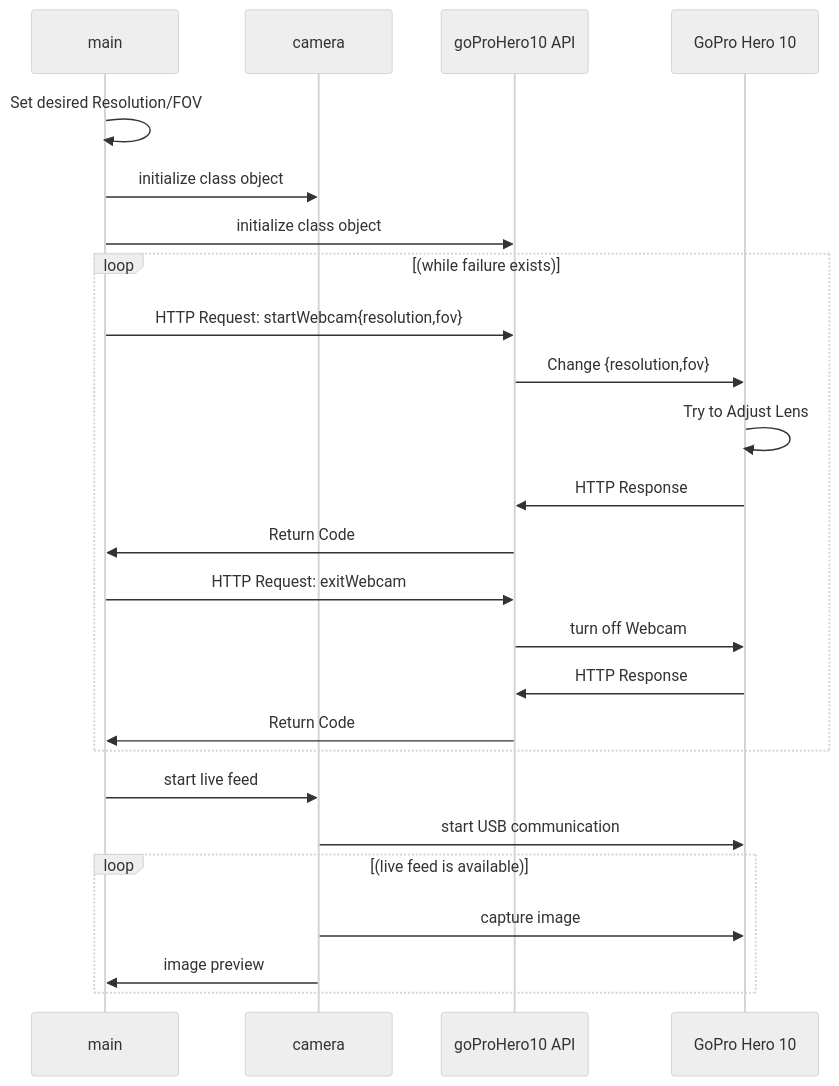
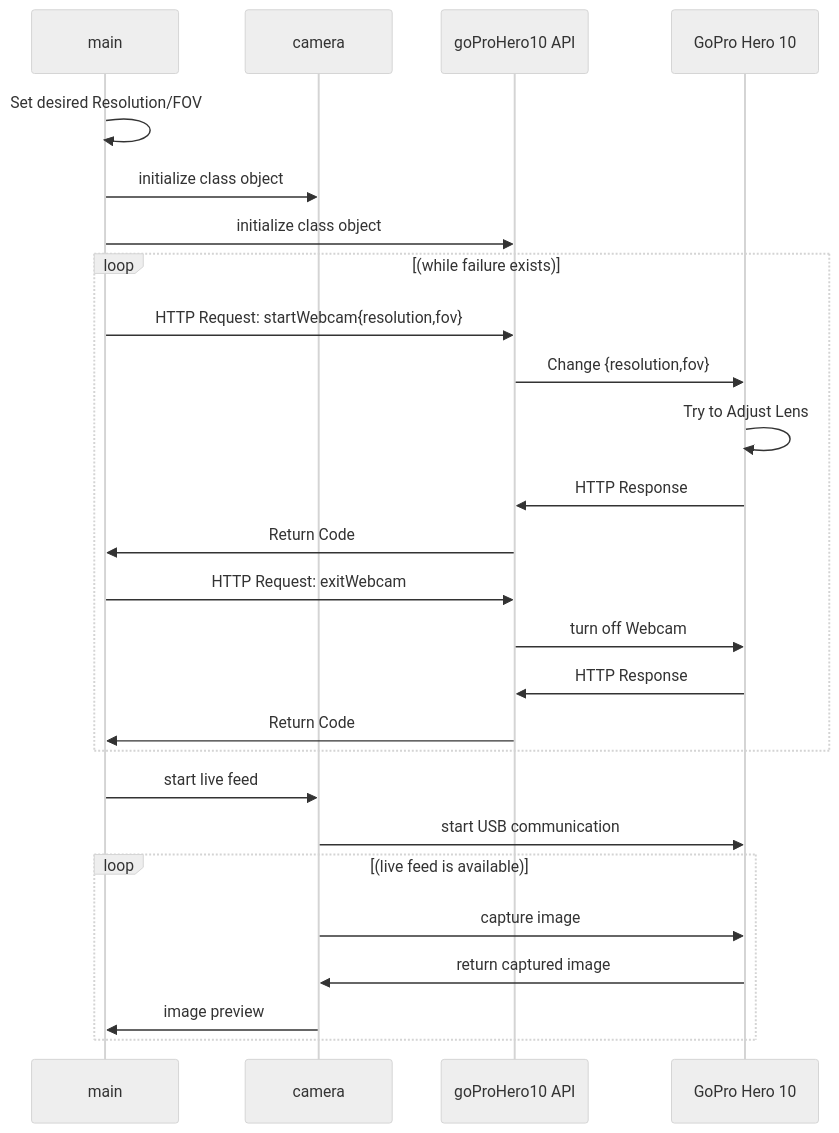
One commit to conradoguimaraes/goProHero10 changed the diagram in README.md. Above: the diagram before and after it, drawn with Mermaid (neutral theme). The commit also changed other lines of this file, not shown here.

````diff
--- a/README.md
+++ b/README.md
@@ -12,27 +12,28 @@
 ```mermaid
 sequenceDiagram
     main->>main: Set desired Resolution/FOV
     main->>camera: initialize class object
     main->>goProHero10 API: initialize class object
     loop (while failure exists)
       main->>goProHero10 API: HTTP Request: startWebcam{resolution,fov}
       goProHero10 API->>GoPro Hero 10: Change {resolution,fov}
       GoPro Hero 10->>GoPro Hero 10: Try to Adjust Lens
       GoPro Hero 10->>goProHero10 API: HTTP Response
       goProHero10 API->>main: Return Code
 
       main->>goProHero10 API: HTTP Request: exitWebcam
       goProHero10 API->>GoPro Hero 10: turn off Webcam
       GoPro Hero 10->>goProHero10 API: HTTP Response
       goProHero10 API->>main: Return Code
    end
 
    main->>camera: start live feed
    camera->>GoPro Hero 10: start USB communication
    
    loop (live feed is available)
      camera->>GoPro Hero 10: capture image
+     GoPro Hero 10->>camera: return captured image
      camera->>main: image preview
    end
     
 ```
````
